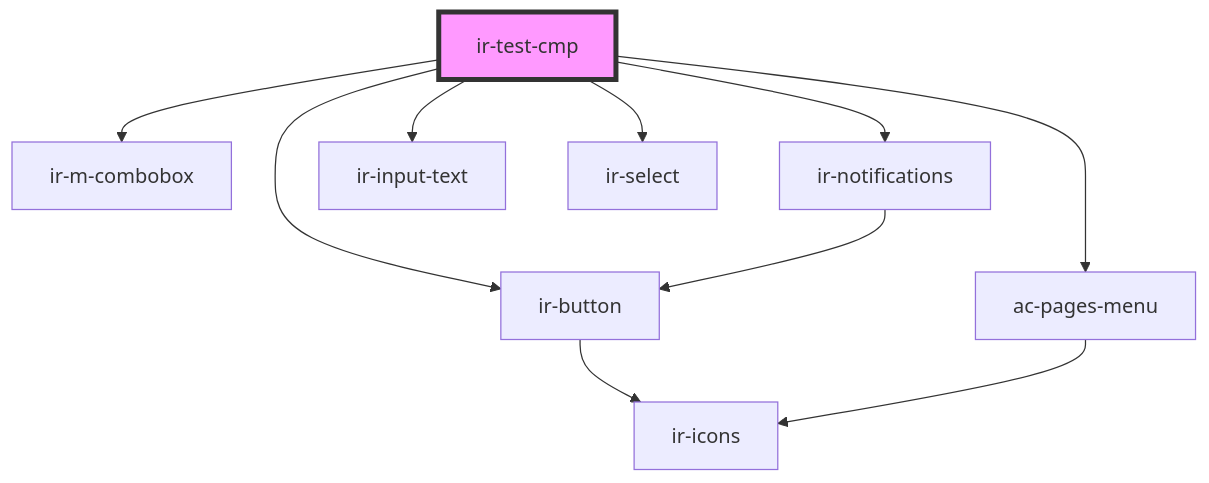
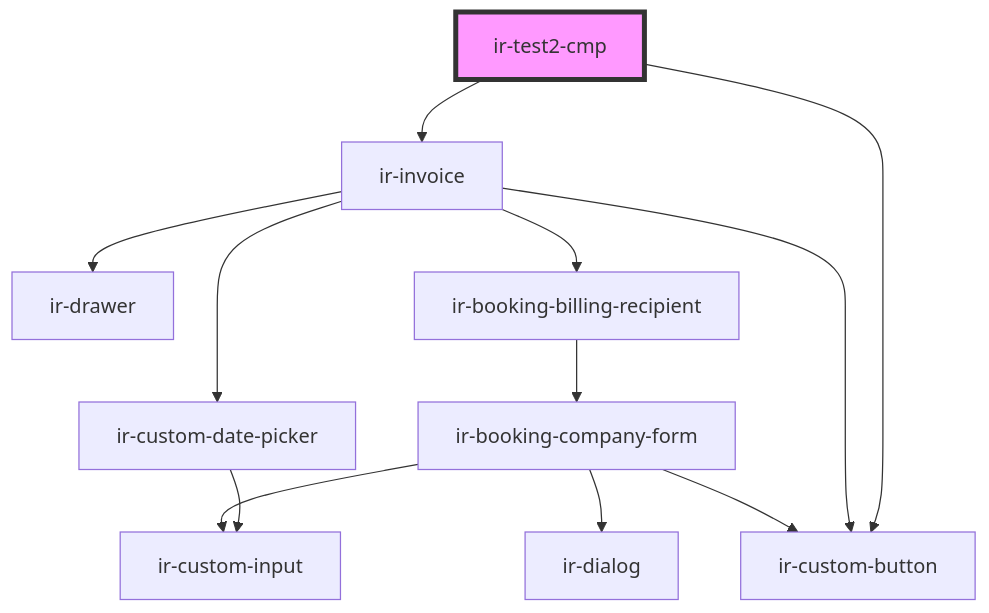
Before and after one commit to David1Chowaifaty/modified-ir-webcmp: the diagram in src/components/ir-test-cmp/readme.md, drawn with Mermaid. The commit also changed other lines of this file and 77 other files, not shown here.

````diff
--- a/src/components/ir-test-cmp/readme.md
+++ b/src/components/ir-test-cmp/readme.md
@@ -20,13 +16,15 @@
 ```mermaid
 graph TD;
-  ir-test-cmp --> ir-m-combobox
-  ir-test-cmp --> ir-notifications
-  ir-test-cmp --> ac-pages-menu
-  ir-test-cmp --> ir-input-text
-  ir-test-cmp --> ir-select
-  ir-test-cmp --> ir-button
-  ir-notifications --> ir-button
-  ir-button --> ir-icons
-  ac-pages-menu --> ir-icons
-  style ir-test-cmp fill:#f9f,stroke:#333,stroke-width:4px
+  ir-test2-cmp --> ir-custom-button
+  ir-test2-cmp --> ir-invoice
+  ir-invoice --> ir-drawer
+  ir-invoice --> ir-custom-date-picker
+  ir-invoice --> ir-booking-billing-recipient
+  ir-invoice --> ir-custom-button
+  ir-custom-date-picker --> ir-custom-input
+  ir-booking-billing-recipient --> ir-booking-company-form
+  ir-booking-company-form --> ir-dialog
+  ir-booking-company-form --> ir-custom-input
+  ir-booking-company-form --> ir-custom-button
+  style ir-test2-cmp fill:#f9f,stroke:#333,stroke-width:4px
 ```
````
